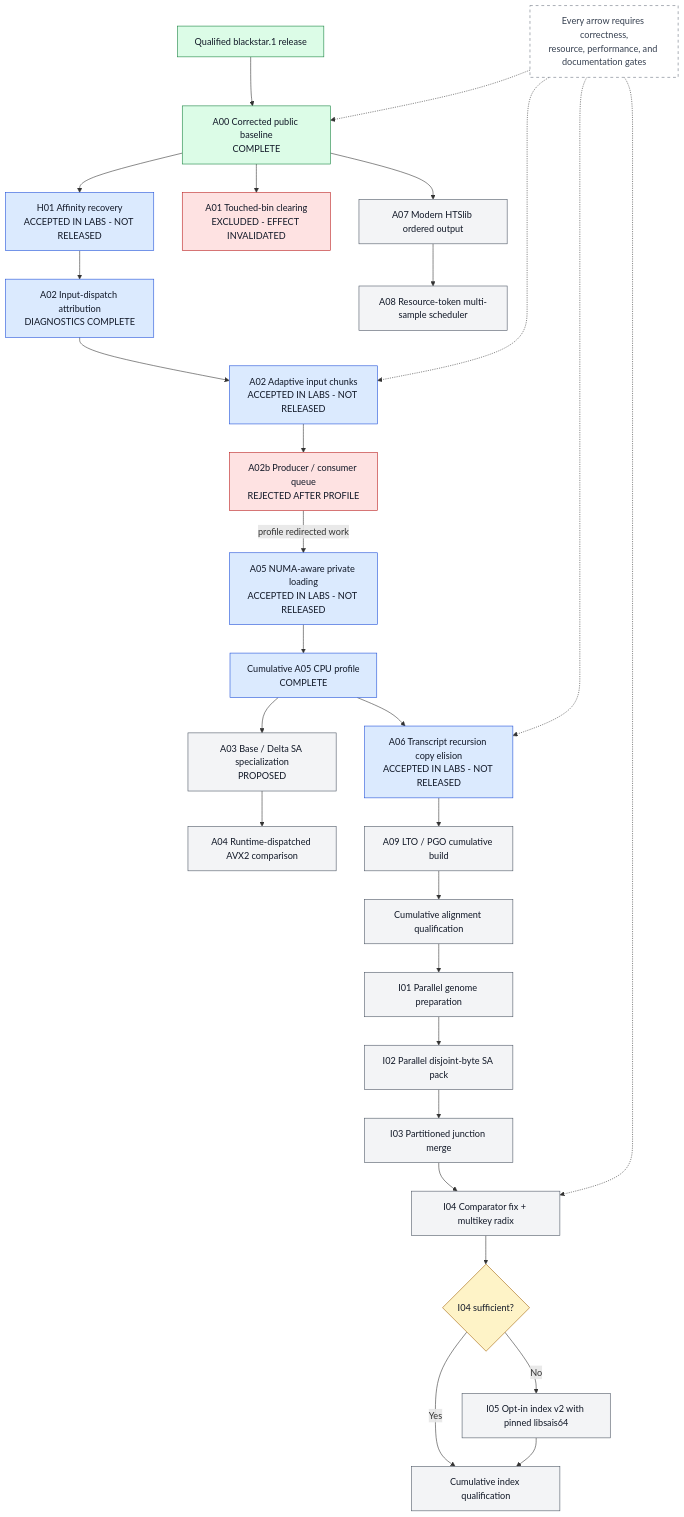
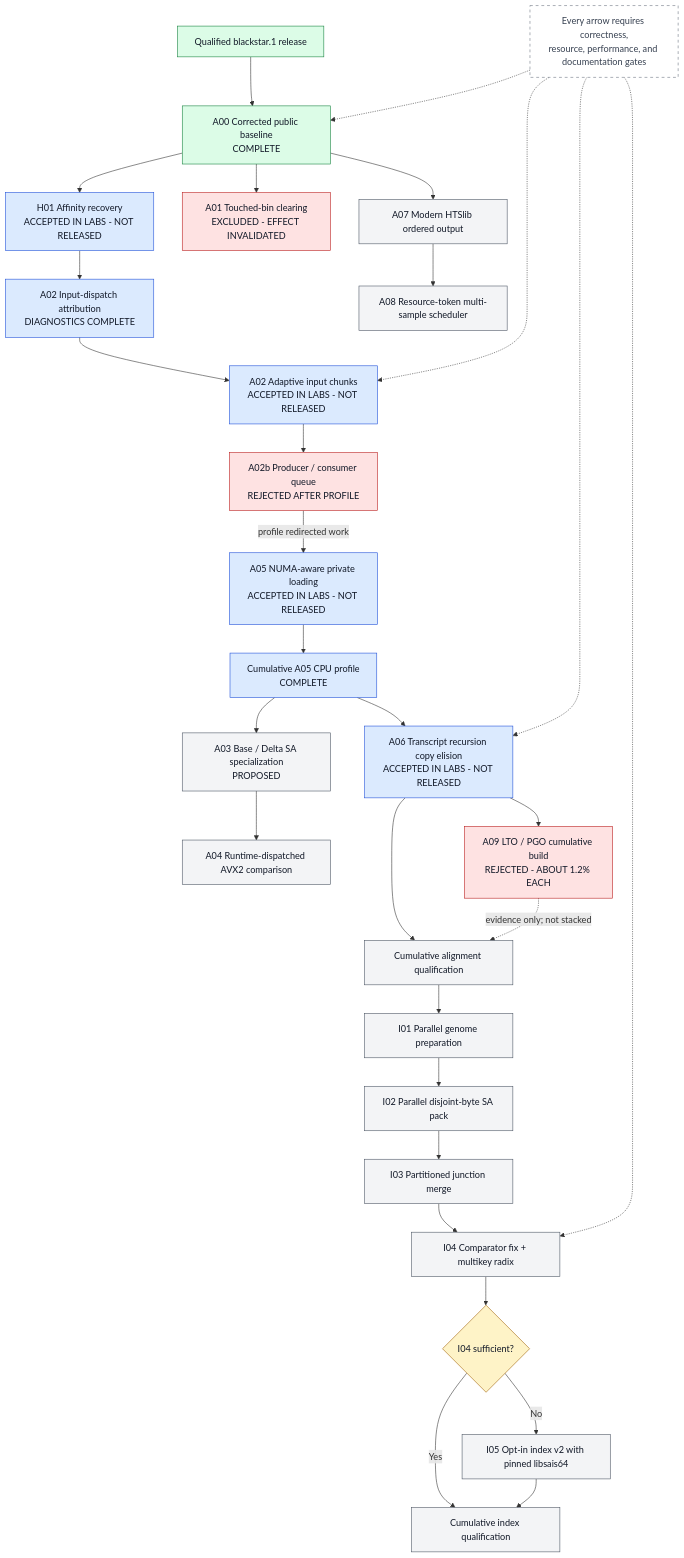
The diagram in docs/architecture/diagrams/src/F14-roadmap.mmd (justinblethrow-cloud/STAR), drawn with Mermaid before and after one commit. The commit also changed 16 other files, not shown here.

```diff
--- a/docs/architecture/diagrams/src/F14-roadmap.mmd
+++ b/docs/architecture/diagrams/src/F14-roadmap.mmd
@@ -1,42 +1,43 @@
 flowchart TD
     RELEASE["Qualified blackstar.1 release"] --> A00["A00 Corrected public baseline<br/>COMPLETE"]
     A00 --> H01["H01 Affinity recovery<br/>ACCEPTED IN LABS - NOT RELEASED"]
     A00 --> A01["A01 Touched-bin clearing<br/>EXCLUDED - EFFECT INVALIDATED"]
     H01 --> A02D["A02 Input-dispatch attribution<br/>DIAGNOSTICS COMPLETE"]
     A02D --> A02["A02 Adaptive input chunks<br/>ACCEPTED IN LABS - NOT RELEASED"]
     A02 --> A02B["A02b Producer / consumer queue<br/>REJECTED AFTER PROFILE"]
     A02B -->|profile redirected work| A05["A05 NUMA-aware private loading<br/>ACCEPTED IN LABS - NOT RELEASED"]
     A05 --> PROFILE["Cumulative A05 CPU profile<br/>COMPLETE"]
     PROFILE --> A06["A06 Transcript recursion copy elision<br/>ACCEPTED IN LABS - NOT RELEASED"]
     PROFILE --> A03["A03 Base / Delta SA specialization<br/>PROPOSED"]
     A03 --> A04["A04 Runtime-dispatched AVX2 comparison"]
     A00 --> A07["A07 Modern HTSlib ordered output"]
     A07 --> A08["A08 Resource-token multi-sample scheduler"]
-    A06 --> A09["A09 LTO / PGO cumulative build"]
-    A09 --> QUAL["Cumulative alignment qualification"]
+    A06 --> A09["A09 LTO / PGO cumulative build<br/>REJECTED - ABOUT 1.2% EACH"]
+    A06 --> QUAL["Cumulative alignment qualification"]
+    A09 -.->|evidence only; not stacked| QUAL
     QUAL --> I01["I01 Parallel genome preparation"]
     I01 --> I02["I02 Parallel disjoint-byte SA pack"]
     I02 --> I03["I03 Partitioned junction merge"]
     I03 --> I04["I04 Comparator fix + multikey radix"]
     I04 --> DECIDE{"I04 sufficient?"}
     DECIDE -->|Yes| INDEXQUAL["Cumulative index qualification"]
     DECIDE -->|No| I05["I05 Opt-in index v2 with pinned libsais64"]
     I05 --> INDEXQUAL
 
     GATE["Every arrow requires correctness,<br/>resource, performance, and documentation gates"] -.-> A00
     GATE -.-> A02
     GATE -.-> A06
     GATE -.-> I04
 
     classDef accepted fill:#dcfce7,stroke:#15803d,color:#111827;
     classDef active fill:#dbeafe,stroke:#1d4ed8,color:#111827;
     classDef rejected fill:#fee2e2,stroke:#b91c1c,color:#111827;
     classDef proposed fill:#f3f4f6,stroke:#4b5563,color:#111827;
     classDef decision fill:#fef3c7,stroke:#a16207,color:#111827;
     classDef note fill:#ffffff,stroke:#6b7280,color:#374151,stroke-dasharray: 5 5;
     class RELEASE,A00 accepted;
     class H01,A02D,A02,A05,PROFILE,A06 active;
-    class A01,A02B rejected;
-    class A03,A04,A07,A08,A09,QUAL,I01,I02,I03,I04,I05,INDEXQUAL proposed;
+    class A01,A02B,A09 rejected;
+    class A03,A04,A07,A08,QUAL,I01,I02,I03,I04,I05,INDEXQUAL proposed;
     class DECIDE decision;
     class GATE note;
```
